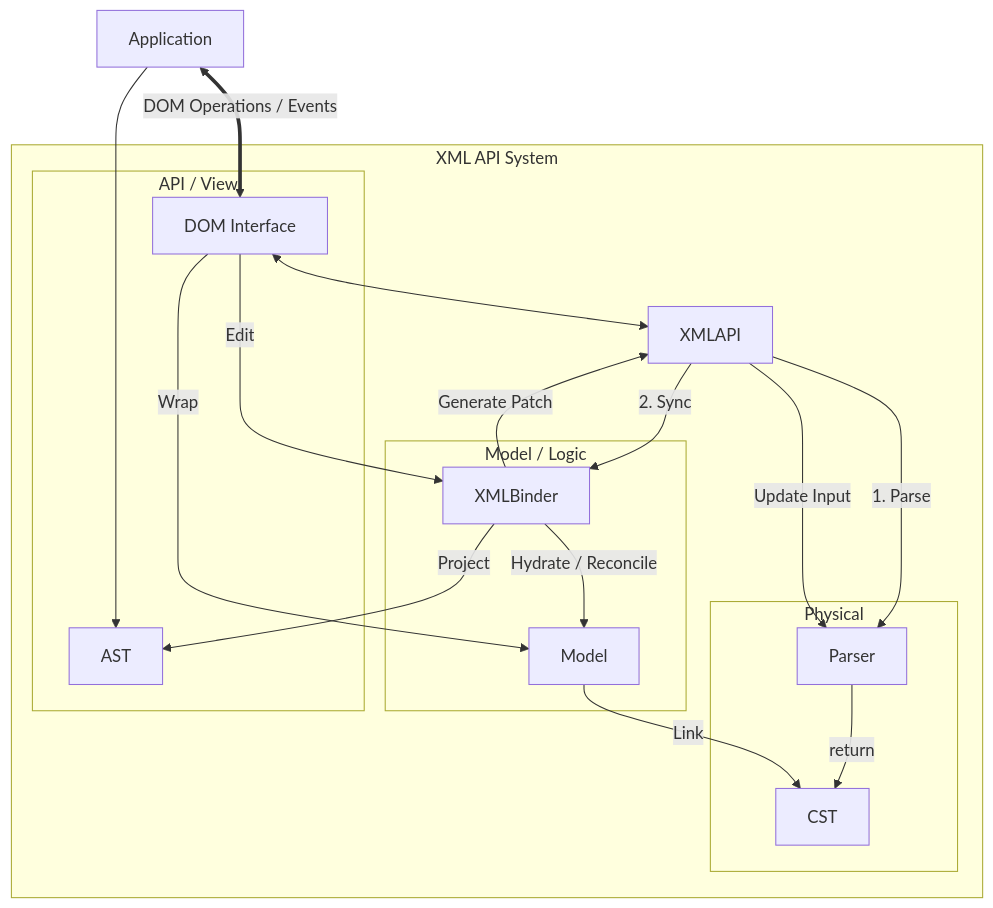
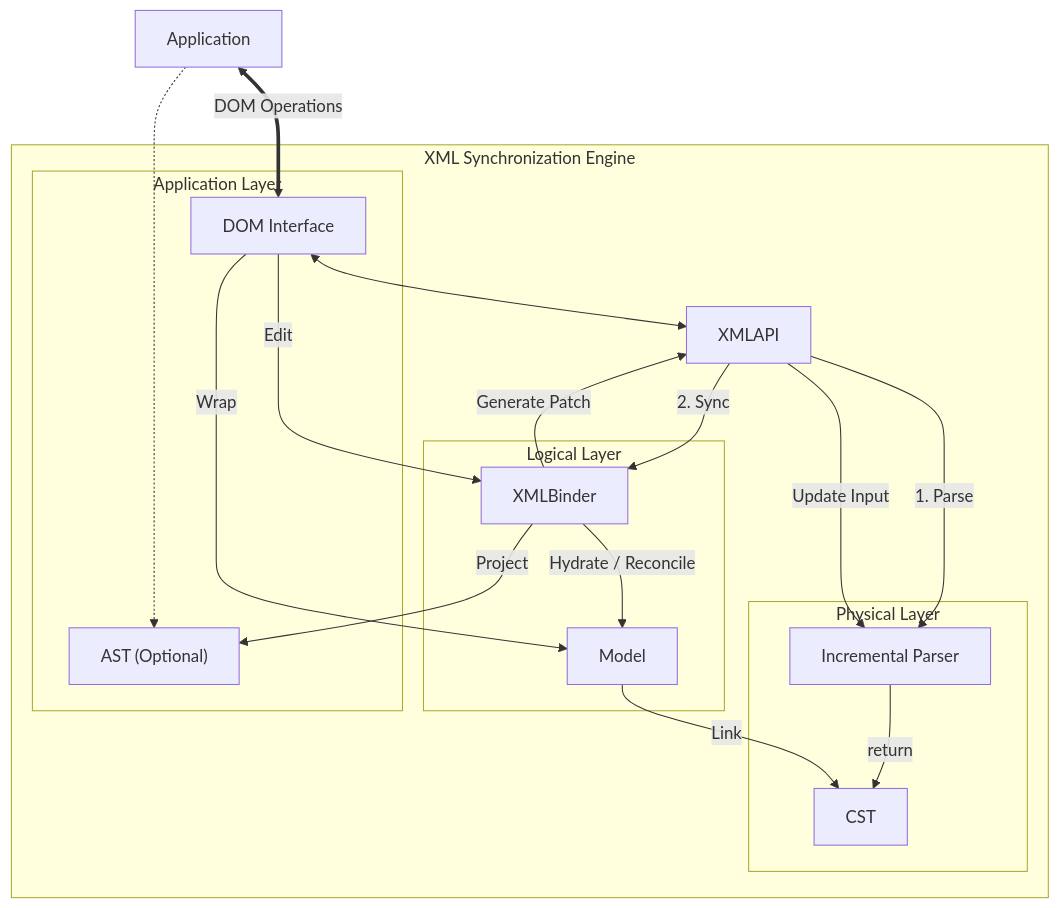
Before and after one commit to KazuyaMiyashita/xml-api: the diagram in docs/guide/core-concepts.md, drawn with Mermaid. The commit also changed other lines of this file and 4 other files, not shown here.

````diff
--- a/docs/guide/core-concepts.md
+++ b/docs/guide/core-concepts.md
@@ -29,43 +41,43 @@
 ```mermaid
 graph TD
     User["Application"]
 
-    subgraph "XML API System"
+    subgraph "XML Synchronization Engine"
         Mediator["XMLAPI"]
 
-        subgraph "Physical"
-            Parser["Parser"]
+        subgraph "Physical Layer"
+            Parser["Incremental Parser"]
             CST["CST"]
         end
 
-        subgraph "Model / Logic"
+        subgraph "Logical Layer"
             Binder["XMLBinder"]
             Model["Model"]
         end
         
-        subgraph "API / View"
+        subgraph "Application Layer"
             DOM["DOM Interface"]
-            AST["AST"]
+            AST["AST (Optional)"]
         end
     end
 
     %% Interaction
-    User <==>|"DOM Operations / Events"| DOM
+    User <==>|"DOM Operations"| DOM
     DOM <--> Mediator
-    User --> AST
+    User -.-> AST
 
     %% Internal Flows
     Mediator -- "1. Parse" --> Parser
     Parser -- "return" --> CST
     
     Mediator -- "2. Sync" --> Binder
     Binder -- "Hydrate / Reconcile" --> Model
     Model -- "Link" --> CST
     
     Binder -- "Project" --> AST
     DOM -- "Wrap" --> Model
     
     DOM -- "Edit" --> Binder
     Binder -- "Generate Patch" --> Mediator
     Mediator -- "Update Input" --> Parser
 ```
````
